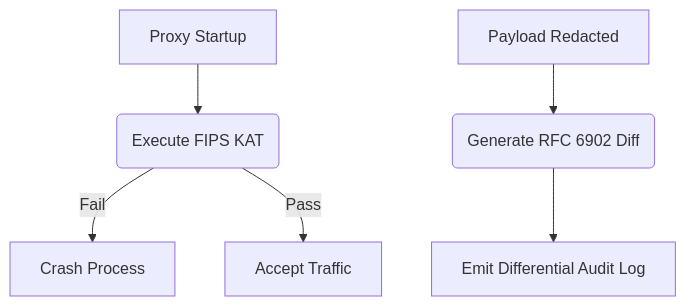
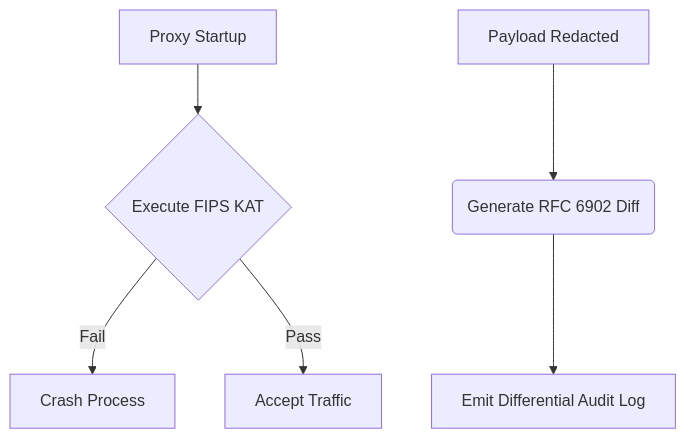
The diagram in website/docs/features/enterprise-auditing-compliance/fips-140-3-kat-rfc-6902-differential-audit-logging.md (ninadphalak/LLM-Shield-Proxy), drawn with Mermaid before and after one commit. The commit also changed other lines of this file and 94 other files, not shown here.

````diff
--- a/website/docs/features/enterprise-auditing-compliance/fips-140-3-kat-rfc-6902-differential-audit-logging.md
+++ b/website/docs/features/enterprise-auditing-compliance/fips-140-3-kat-rfc-6902-differential-audit-logging.md
@@ -18,8 +13,8 @@
 ```mermaid
 flowchart TD
-    A[Proxy Startup] --> B(Execute FIPS KAT)
+    A[Proxy Startup] --> B{Execute FIPS KAT}
     B -->|Fail| C[Crash Process]
     B -->|Pass| D[Accept Traffic]
     E[Payload Redacted] --> F(Generate RFC 6902 Diff)
     F --> G[Emit Differential Audit Log]
 ```
````
